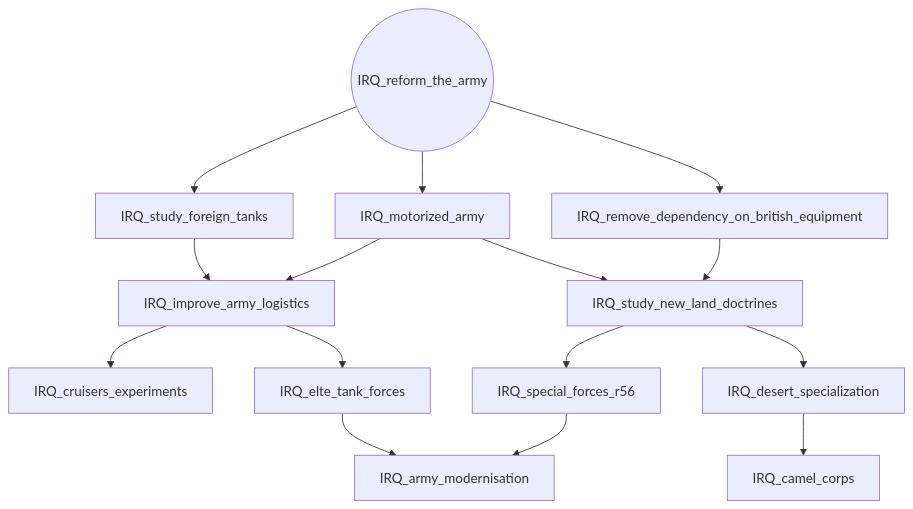
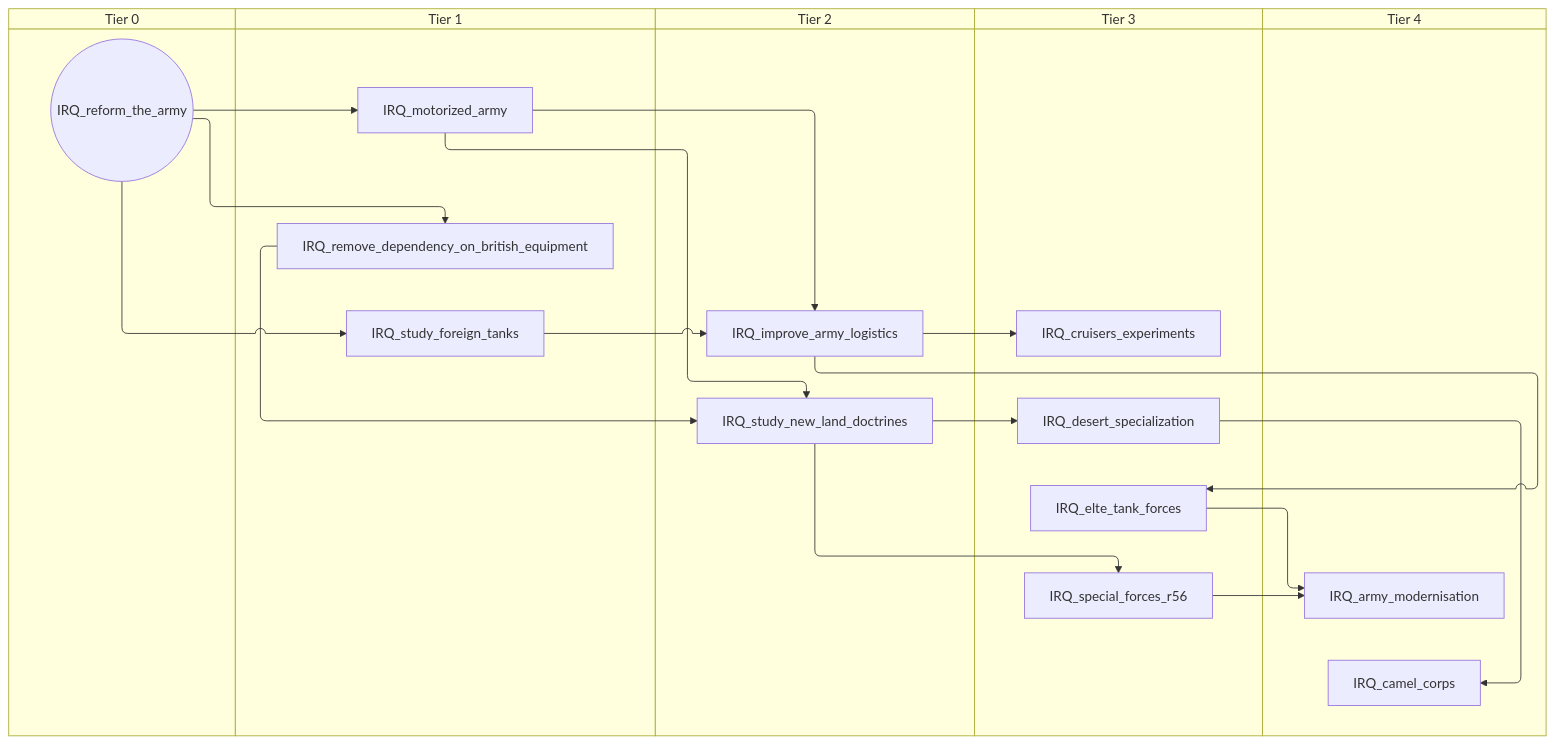
One commit to evgeny-sobol/hoi4-sandbox-mode-r56 changed the fourth of 6 diagrams in docs/gdd/National Focuses/r56_iraq.md. Above: the diagram before and after it, drawn with Mermaid. The commit also changed other lines of this file and 423 other files, not shown here.

First line of the commit message:
Re-export Rt56 focus trees as swimlane diagrams

````diff
--- a/docs/gdd/National Focuses/r56_iraq.md
+++ b/docs/gdd/National Focuses/r56_iraq.md
@@ -105,29 +145,39 @@
 ```mermaid
-flowchart TD
-    n39["IRQ_army_modernisation"]
-    n40["IRQ_camel_corps"]
-    n41["IRQ_cruisers_experiments"]
-    n42["IRQ_desert_specialization"]
-    n43["IRQ_elte_tank_forces"]
-    n44["IRQ_improve_army_logistics"]
-    n45["IRQ_motorized_army"]
-    n46(("IRQ_reform_the_army"))
-    n47["IRQ_remove_dependency_on_british_equipment"]
-    n48["IRQ_special_forces_r56"]
-    n49["IRQ_study_foreign_tanks"]
-    n50["IRQ_study_new_land_doctrines"]
-    n43 --> n39
-    n48 --> n39
-    n42 --> n40
-    n44 --> n41
-    n50 --> n42
-    n44 --> n43
-    n49 --> n44
-    n45 --> n44
-    n46 --> n45
-    n46 --> n47
-    n50 --> n48
-    n46 --> n49
-    n45 --> n50
-    n47 --> n50
+swimlane-beta TD
+    subgraph tier_0["Tier 0"]
+        n39(("IRQ_reform_the_army"))
+    end
+    subgraph tier_1["Tier 1"]
+        n40["IRQ_motorized_army"]
+        n41["IRQ_remove_dependency_on_british_equipment"]
+        n42["IRQ_study_foreign_tanks"]
+    end
+    subgraph tier_2["Tier 2"]
+        n43["IRQ_improve_army_logistics"]
+        n44["IRQ_study_new_land_doctrines"]
+    end
+    subgraph tier_3["Tier 3"]
+        n45["IRQ_cruisers_experiments"]
+        n46["IRQ_desert_specialization"]
+        n47["IRQ_elte_tank_forces"]
+        n48["IRQ_special_forces_r56"]
+    end
+    subgraph tier_4["Tier 4"]
+        n49["IRQ_army_modernisation"]
+        n50["IRQ_camel_corps"]
+    end
+    n47 --> n49
+    n48 --> n49
+    n46 --> n50
+    n43 --> n45
+    n44 --> n46
+    n43 --> n47
+    n42 --> n43
+    n40 --> n43
+    n39 --> n40
+    n39 --> n41
+    n44 --> n48
+    n39 --> n42
+    n40 --> n44
+    n41 --> n44
 ```
````
